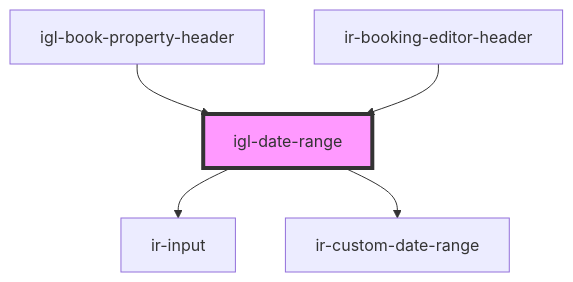
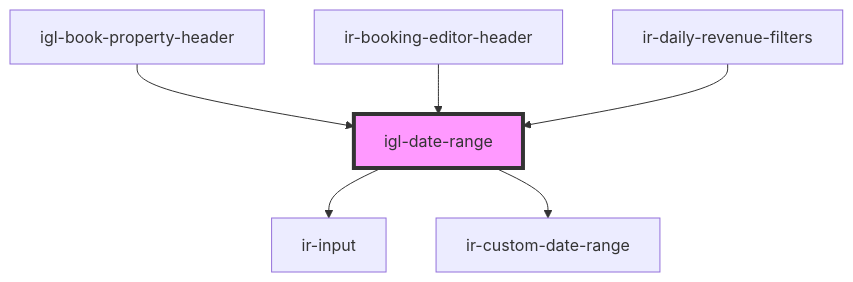
Before and after one commit to RonyRizk/ir-webcmp: the diagram in src/components/igloo-calendar/igl-date-range/readme.md, drawn with Mermaid. The commit also changed other lines of this file and 16 other files, not shown here.

Commit message:
Update the Daily report revenue screen to accept from,to dates

````diff
--- a/src/components/igloo-calendar/igl-date-range/readme.md
+++ b/src/components/igloo-calendar/igl-date-range/readme.md
@@ -78,8 +79,9 @@
 ```mermaid
 graph TD;
   igl-date-range --> ir-input
   igl-date-range --> ir-custom-date-range
   igl-book-property-header --> igl-date-range
   ir-booking-editor-header --> igl-date-range
+  ir-daily-revenue-filters --> igl-date-range
   style igl-date-range fill:#f9f,stroke:#333,stroke-width:4px
 ```
````
